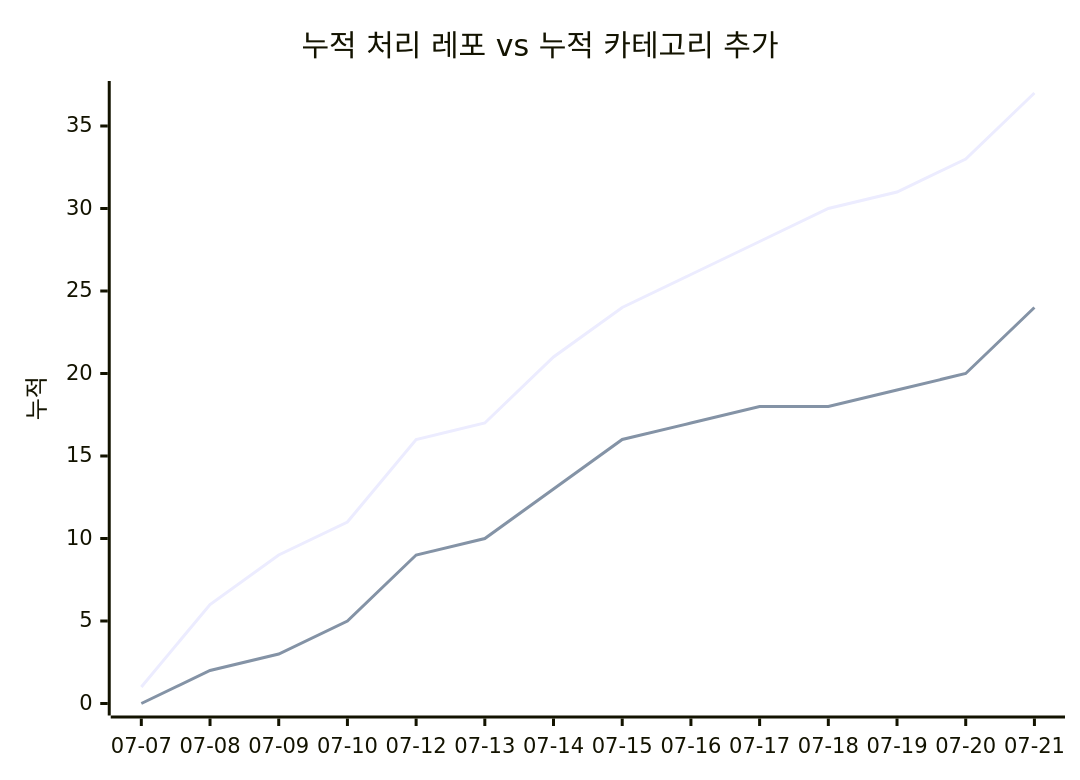
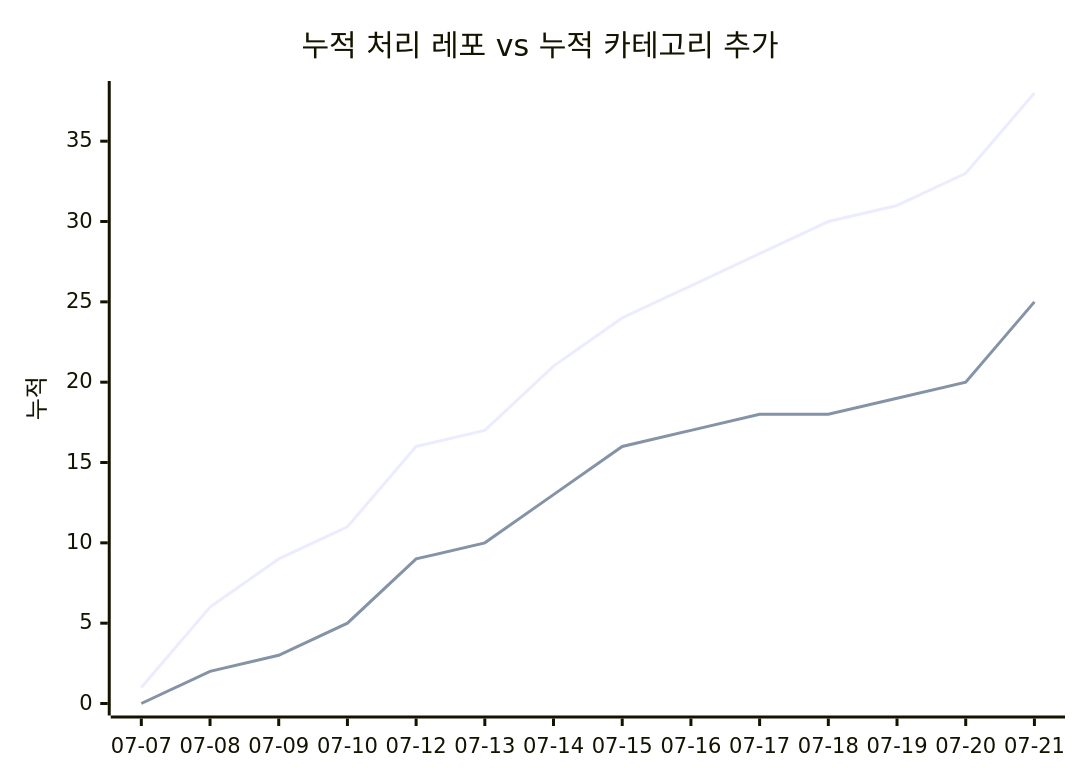
One commit to J-nowcow/awesome-korean-agent-skills changed the second of 2 diagrams in docs/trends.md. Above: the diagram before and after it, drawn with Mermaid. The commit also changed other lines of this file and 4 other files, not shown here.

````diff
--- a/docs/trends.md
+++ b/docs/trends.md
@@ -68,8 +68,8 @@
 ```mermaid
 xychart-beta
     title "누적 처리 레포 vs 누적 카테고리 추가"
     x-axis ["07-07","07-08","07-09","07-10","07-12","07-13","07-14","07-15","07-16","07-17","07-18","07-19","07-20","07-21"]
     y-axis "누적"
-    line [1,6,9,11,16,17,21,24,26,28,30,31,33,37]
-    line [0,2,3,5,9,10,13,16,17,18,18,19,20,24]
+    line [1,6,9,11,16,17,21,24,26,28,30,31,33,38]
+    line [0,2,3,5,9,10,13,16,17,18,18,19,20,25]
 ```
````
